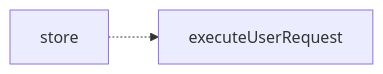
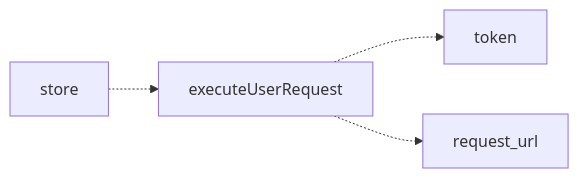
One commit to gordianknotC/nxp_note changed diagram 12 of 13 in newage/astro.md. Above: the diagram before and after it, drawn with Mermaid. The commit also changed other lines of this file, not shown here.

````diff
--- a/newage/astro.md
+++ b/newage/astro.md
@@ -197,7 +197,8 @@
 ```mermaid
 graph LR
 store -.-> executeUserRequest
-
+executeUserRequest -.-> token
+executeUserRequest -.-> request_url
 
 
 ```
````
